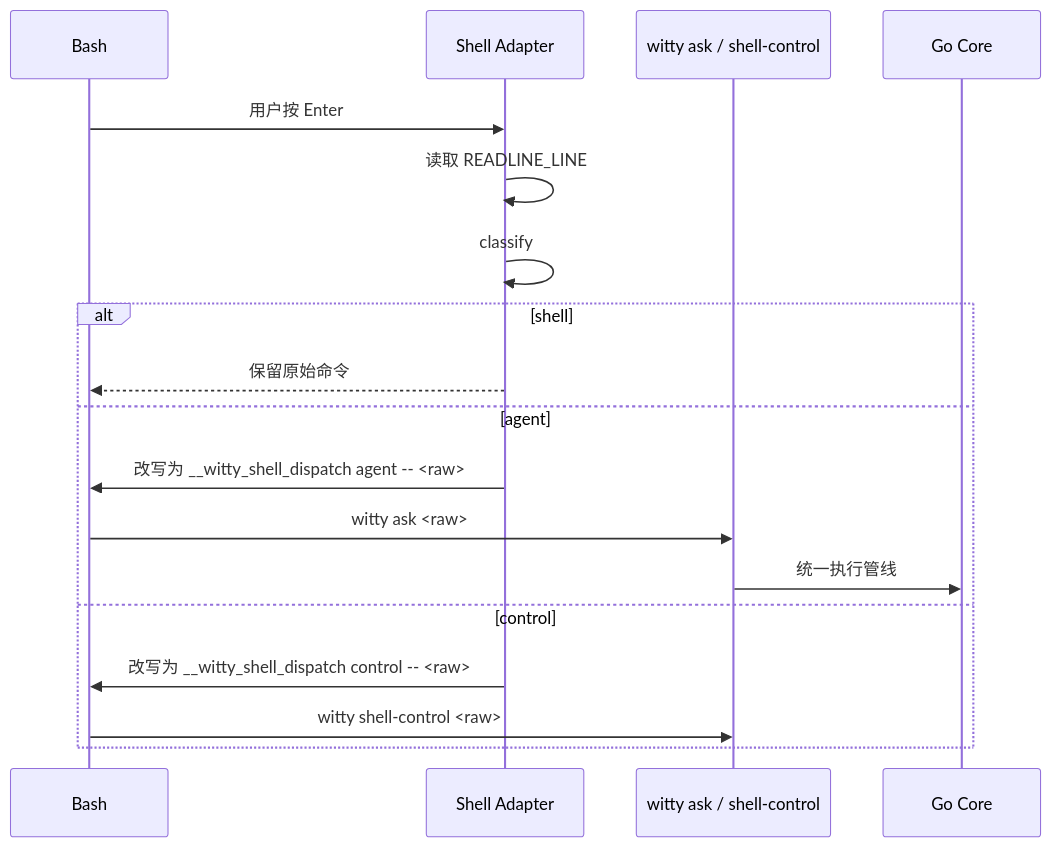
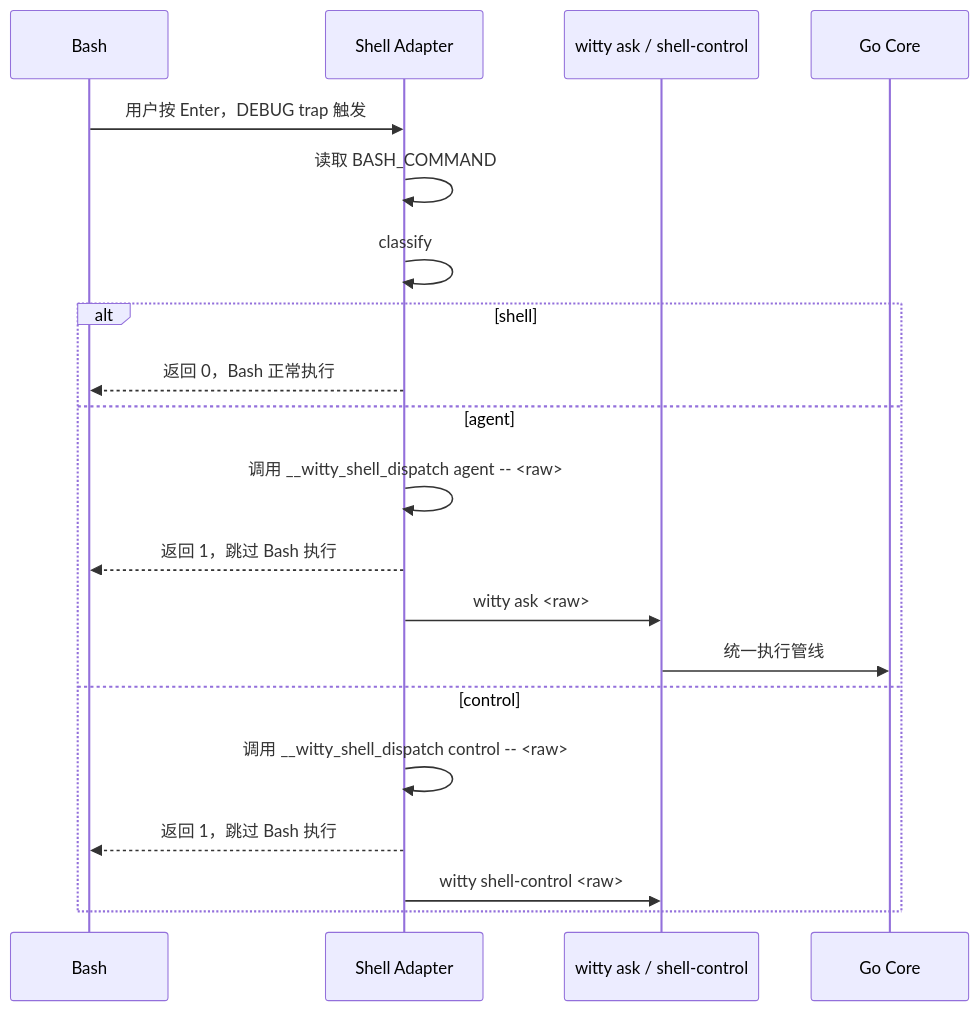
The second of 5 diagrams in docs/development/implementation-plan.md (openeuler-mirror/euler-copilot-shell), drawn with Mermaid before and after one commit. The commit also changed other lines of this file and 8 other files, not shown here.

First line of the commit message:
feat: switch Shell Adapter to DEBUG trap approach and finalize P1-11

````diff
--- a/docs/development/implementation-plan.md
+++ b/docs/development/implementation-plan.md
@@ -446,21 +446,23 @@
 ```mermaid
 sequenceDiagram
     participant B as Bash
     participant A as Shell Adapter
     participant CLI as witty ask / shell-control
     participant CORE as Go Core
 
-    B->>A: 用户按 Enter
-    A->>A: 读取 READLINE_LINE
+    B->>A: 用户按 Enter，DEBUG trap 触发
+    A->>A: 读取 BASH_COMMAND
     A->>A: classify
     alt shell
-        A-->>B: 保留原始命令
+        A-->>B: 返回 0，Bash 正常执行
     else agent
-        A->>B: 改写为 __witty_shell_dispatch agent -- <raw>
-        B->>CLI: witty ask <raw>
+        A->>A: 调用 __witty_shell_dispatch agent -- <raw>
+        A-->>B: 返回 1，跳过 Bash 执行
+        A->>CLI: witty ask <raw>
         CLI->>CORE: 统一执行管线
     else control
-        A->>B: 改写为 __witty_shell_dispatch control -- <raw>
-        B->>CLI: witty shell-control <raw>
+        A->>A: 调用 __witty_shell_dispatch control -- <raw>
+        A-->>B: 返回 1，跳过 Bash 执行
+        A->>CLI: witty shell-control <raw>
     end
 ```
````
